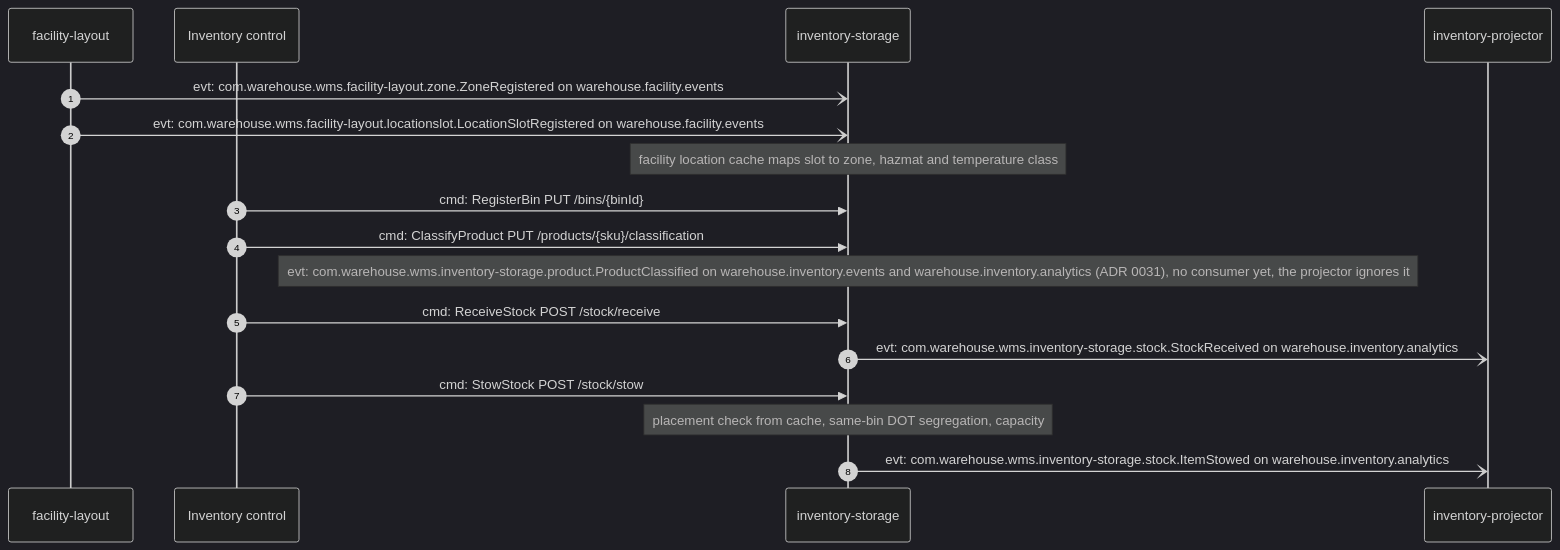
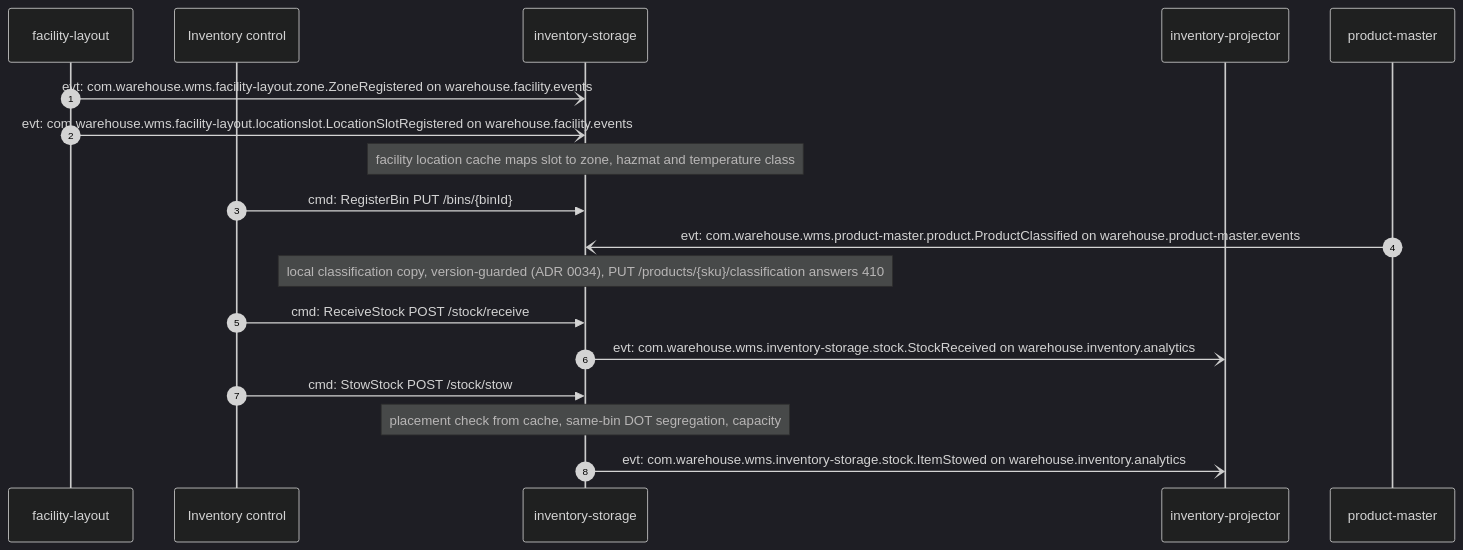
The third of 5 diagrams in docs/contexts/inventory-storage/domain-message-flow.md (IQVO/warehouse-docs), drawn with Mermaid (dark theme) before and after one commit. The commit also changed other lines of this file and 118 other files, not shown here.

````diff
--- a/docs/contexts/inventory-storage/domain-message-flow.md
+++ b/docs/contexts/inventory-storage/domain-message-flow.md
@@ -92,19 +92,20 @@
 ```mermaid
 sequenceDiagram
     autonumber
     participant FL as facility-layout
     participant IC as Inventory control
     participant INV as inventory-storage
     participant PJ as inventory-projector
+    participant PM as product-master
     FL-)INV: evt: com.warehouse.wms.facility-layout.zone.ZoneRegistered on warehouse.facility.events
     FL-)INV: evt: com.warehouse.wms.facility-layout.locationslot.LocationSlotRegistered on warehouse.facility.events
     Note over INV: facility location cache maps slot to zone, hazmat and temperature class
     IC->>INV: cmd: RegisterBin PUT /bins/{binId}
-    IC->>INV: cmd: ClassifyProduct PUT /products/{sku}/classification
-    Note over INV: evt: com.warehouse.wms.inventory-storage.product.ProductClassified on warehouse.inventory.events and warehouse.inventory.analytics (ADR 0031), no consumer yet, the projector ignores it
+    PM-)INV: evt: com.warehouse.wms.product-master.product.ProductClassified on warehouse.product-master.events
+    Note over INV: local classification copy, version-guarded (ADR 0034), PUT /products/{sku}/classification answers 410
     IC->>INV: cmd: ReceiveStock POST /stock/receive
     INV-)PJ: evt: com.warehouse.wms.inventory-storage.stock.StockReceived on warehouse.inventory.analytics
     IC->>INV: cmd: StowStock POST /stock/stow
     Note over INV: placement check from cache, same-bin DOT segregation, capacity
     INV-)PJ: evt: com.warehouse.wms.inventory-storage.stock.ItemStowed on warehouse.inventory.analytics
 ```
````
